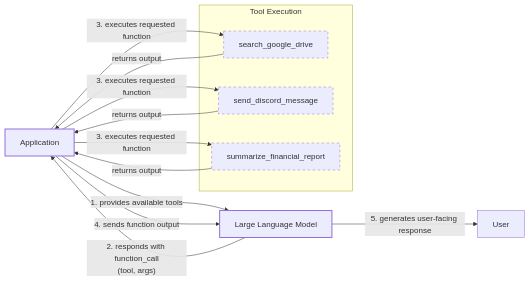
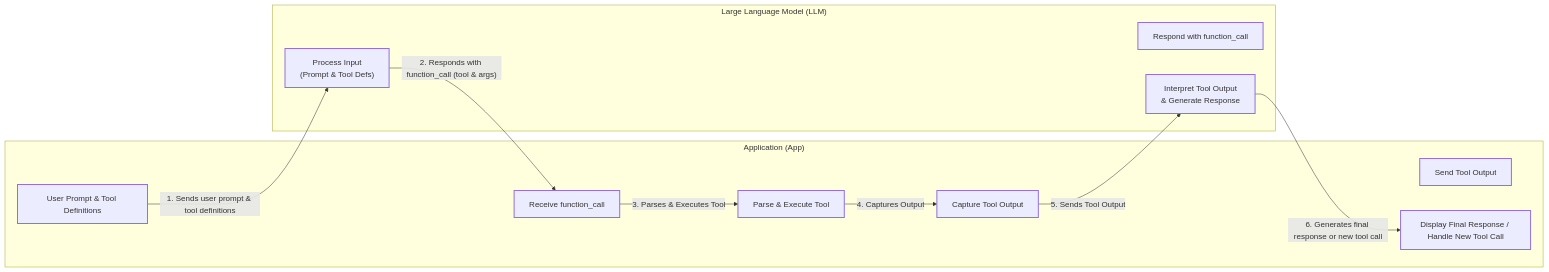
One commit to YMaXing/Research-Agent-reinforced-by-RL changed the first of 3 diagrams in RL_researcher_writer_ymaxing/rl_training_data/noise_experiment/06_tools__var_standard__replicate2__preset1/article_000.md. Above: the diagram before and after it, drawn with Mermaid. The commit also changed other lines of this file and 4528 other files, not shown here.

````diff
--- a/RL_researcher_writer_ymaxing/rl_training_data/noise_experiment/06_tools__var_standard__replicate2__preset1/article_000.md
+++ b/RL_researcher_writer_ymaxing/rl_training_data/noise_experiment/06_tools__var_standard__replicate2__preset1/article_000.md
@@ -69,33 +26,41 @@
 ```mermaid
 flowchart LR
-  %% Main Actors
-  App["Application"]
-  LLM["Large Language Model"]
-  User["User"]
-
-  %% Tool Execution Subgraph
-  subgraph ToolExecution["Tool Execution"]
-    T1["search_google_drive"]
-    T2["send_discord_message"]
-    T3["summarize_financial_report"]
+  %% Define the main actors
+  subgraph "Application (App)"
+    App_Start["User Prompt & Tool Definitions"]
+    App_ReceiveCall["Receive function_call"]
+    App_ExecuteTool["Parse & Execute Tool"]
+    App_CaptureOutput["Capture Tool Output"]
+    App_SendOutput["Send Tool Output"]
+    App_FinalResponse["Display Final Response / Handle New Tool Call"]
   end
 
-  %% Flow Steps
-  App -- "1. provides available tools" --> LLM
-  LLM -- "2. responds with function_call<br/>(tool, args)" --> App
-  App -- "3. executes requested function" --> T1
-  App -- "3. executes requested function" --> T2
-  App -- "3. executes requested function" --> T3
-  T1 -- "returns output" --> App
-  T2 -- "returns output" --> App
-  T3 -- "returns output" --> App
-  App -- "4. sends function output" --> LLM
-  LLM -- "5. generates user-facing response" --> User
+  subgraph "Large Language Model (LLM)"
+    LLM_ProcessInput["Process Input<br/>(Prompt & Tool Defs)"]
+    LLM_RespondCall["Respond with function_call"]
+    LLM_InterpretOutput["Interpret Tool Output<br/>& Generate Response"]
+  end
 
-  %% Visual Grouping for Highlighting
-  classDef app_llm_nodes stroke-width:2px
-  classDef tool_nodes stroke-dasharray:5,5
+  %% Step 1: App sends prompt and tool definitions to LLM.
+  App_Start -- "1. Sends user prompt & tool definitions" --> LLM_ProcessInput
 
-  class App,LLM app_llm_nodes
-  class T1,T2,T3 tool_nodes
+  %% Step 2: LLM processes input and responds with function_call.
+  LLM_ProcessInput -- "2. Responds with function_call (tool & args)" --> App_ReceiveCall
+
+  %% Step 3: App receives function_call, parses, and executes tool.
+  App_ReceiveCall -- "3. Parses & Executes Tool" --> App_ExecuteTool
+
+  %% Step 4: App captures output from executed tool.
+  App_ExecuteTool -- "4. Captures Output" --> App_CaptureOutput
+
+  %% Step 5: App sends tool's output back to LLM.
+  App_CaptureOutput -- "5. Sends Tool Output" --> LLM_InterpretOutput
+
+  %% Step 6: LLM interprets output and generates final response or new tool call.
+  LLM_InterpretOutput -- "6. Generates final response or new tool call" --> App_FinalResponse
+
+  %% Visual grouping (using stroke-width as per example)
+  classDef actor_boundary stroke-width:2px
+  class App_Start,App_ReceiveCall,App_ExecuteTool,App_CaptureOutput,App_SendOutput,App_FinalResponse actor_boundary
+  class LLM_ProcessInput,LLM_RespondCall,LLM_InterpretOutput actor_boundary
 ```
````
